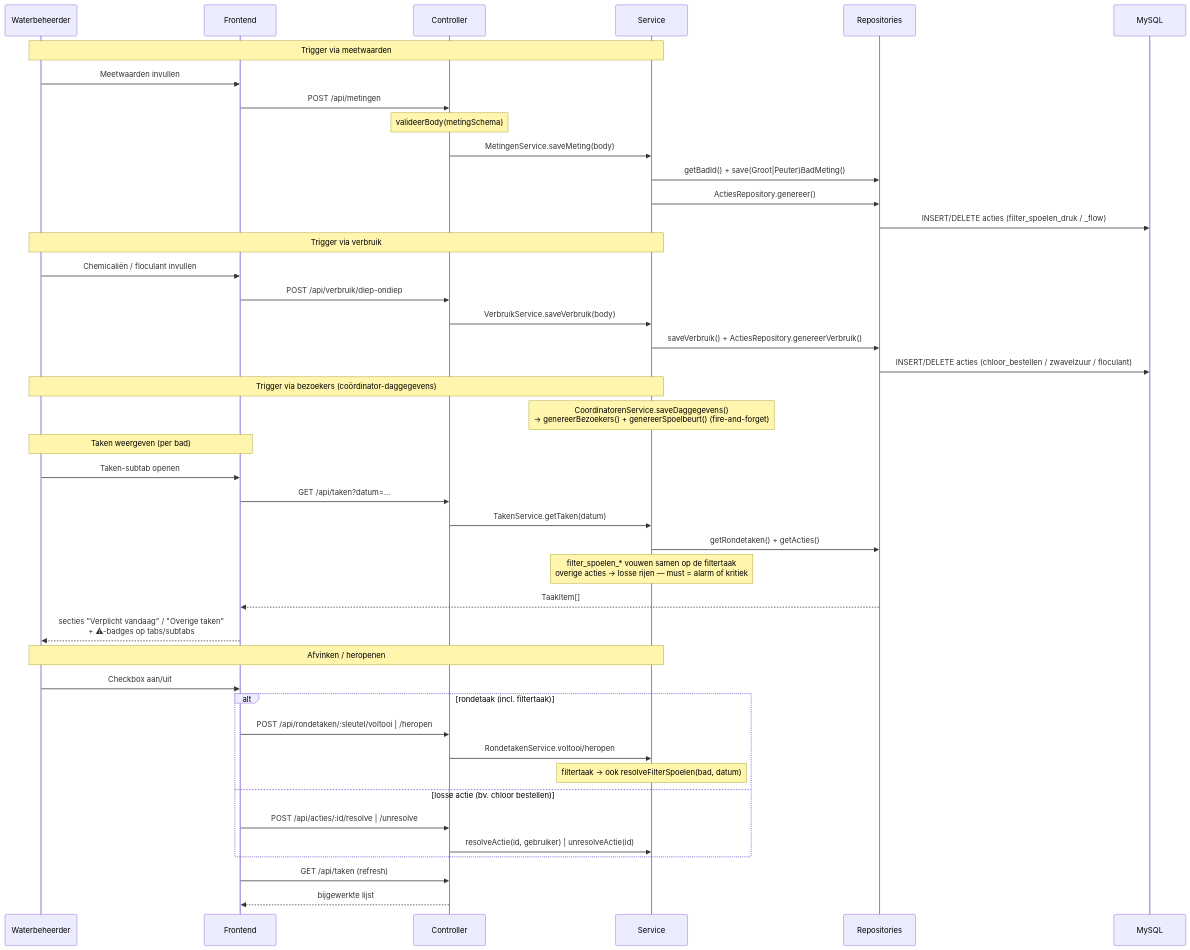
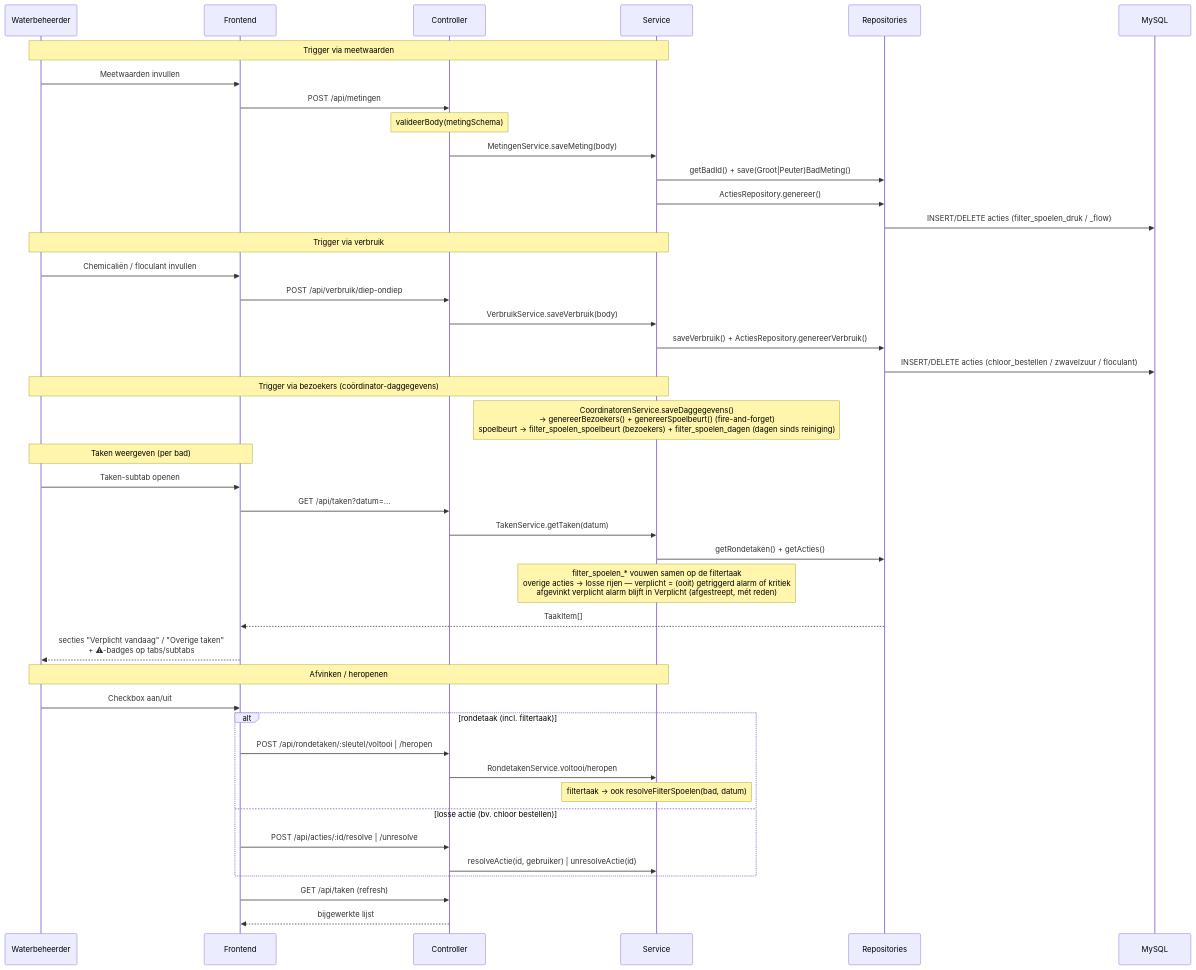
Before and after one commit to pjgheijmans/NewSiteWaterbeheerDeBercken: the second of 3 diagrams in docs/architecture/flows.md, drawn with Mermaid. The commit also changed 4 other files, not shown here.

First line of the commit message:
Docs: filter spoelen na X dagen + verplichte taken blijven in Verplicht

````diff
--- a/docs/architecture/flows.md
+++ b/docs/architecture/flows.md
@@ -73,50 +73,50 @@
 ```mermaid
 sequenceDiagram
     participant WB as Waterbeheerder
     participant FE as Frontend
     participant Ctrl as Controller
     participant Svc as Service
     participant Repo as Repositories
     participant DB as MySQL
 
     Note over WB,Svc: Trigger via meetwaarden
     WB->>FE: Meetwaarden invullen
     FE->>Ctrl: POST /api/metingen
     Note over Ctrl: valideerBody(metingSchema)
     Ctrl->>Svc: MetingenService.saveMeting(body)
     Svc->>Repo: getBadId() + save(Groot|Peuter)BadMeting()
     Svc->>Repo: ActiesRepository.genereer()
     Repo->>DB: INSERT/DELETE acties (filter_spoelen_druk / _flow)
 
     Note over WB,Svc: Trigger via verbruik
     WB->>FE: Chemicaliën / floculant invullen
     FE->>Ctrl: POST /api/verbruik/diep-ondiep
     Ctrl->>Svc: VerbruikService.saveVerbruik(body)
     Svc->>Repo: saveVerbruik() + ActiesRepository.genereerVerbruik()
     Repo->>DB: INSERT/DELETE acties (chloor_bestellen / zwavelzuur / floculant)
 
     Note over WB,Svc: Trigger via bezoekers (coördinator-daggegevens)
-    Note over Svc: CoordinatorenService.saveDaggegevens()<br/>→ genereerBezoekers() + genereerSpoelbeurt() (fire-and-forget)
+    Note over Svc: CoordinatorenService.saveDaggegevens()<br/>→ genereerBezoekers() + genereerSpoelbeurt() (fire-and-forget)<br/>spoelbeurt → filter_spoelen_spoelbeurt (bezoekers) + filter_spoelen_dagen (dagen sinds reiniging)
 
     Note over WB,FE: Taken weergeven (per bad)
     WB->>FE: Taken-subtab openen
     FE->>Ctrl: GET /api/taken?datum=...
     Ctrl->>Svc: TakenService.getTaken(datum)
     Svc->>Repo: getRondetaken() + getActies()
-    Note over Svc: filter_spoelen_* vouwen samen op de filtertaak<br/>overige acties → losse rijen — must = alarm of kritiek
+    Note over Svc: filter_spoelen_* vouwen samen op de filtertaak<br/>overige acties → losse rijen — verplicht = (ooit) getriggerd alarm of kritiek<br/>afgevinkt verplicht alarm blijft in Verplicht (afgestreept, mét reden)
     Repo-->>FE: TaakItem[]
     FE-->>WB: secties "Verplicht vandaag" / "Overige taken"<br/>+ ⚠-badges op tabs/subtabs
 
     Note over WB,Svc: Afvinken / heropenen
     WB->>FE: Checkbox aan/uit
     alt rondetaak (incl. filtertaak)
         FE->>Ctrl: POST /api/rondetaken/:sleutel/voltooi | /heropen
         Ctrl->>Svc: RondetakenService.voltooi/heropen
         Note over Svc: filtertaak → ook resolveFilterSpoelen(bad, datum)
     else losse actie (bv. chloor bestellen)
         FE->>Ctrl: POST /api/acties/:id/resolve | /unresolve
         Ctrl->>Svc: resolveActie(id, gebruiker) | unresolveActie(id)
     end
     FE->>Ctrl: GET /api/taken (refresh)
     Ctrl-->>FE: bijgewerkte lijst
 ```
````
